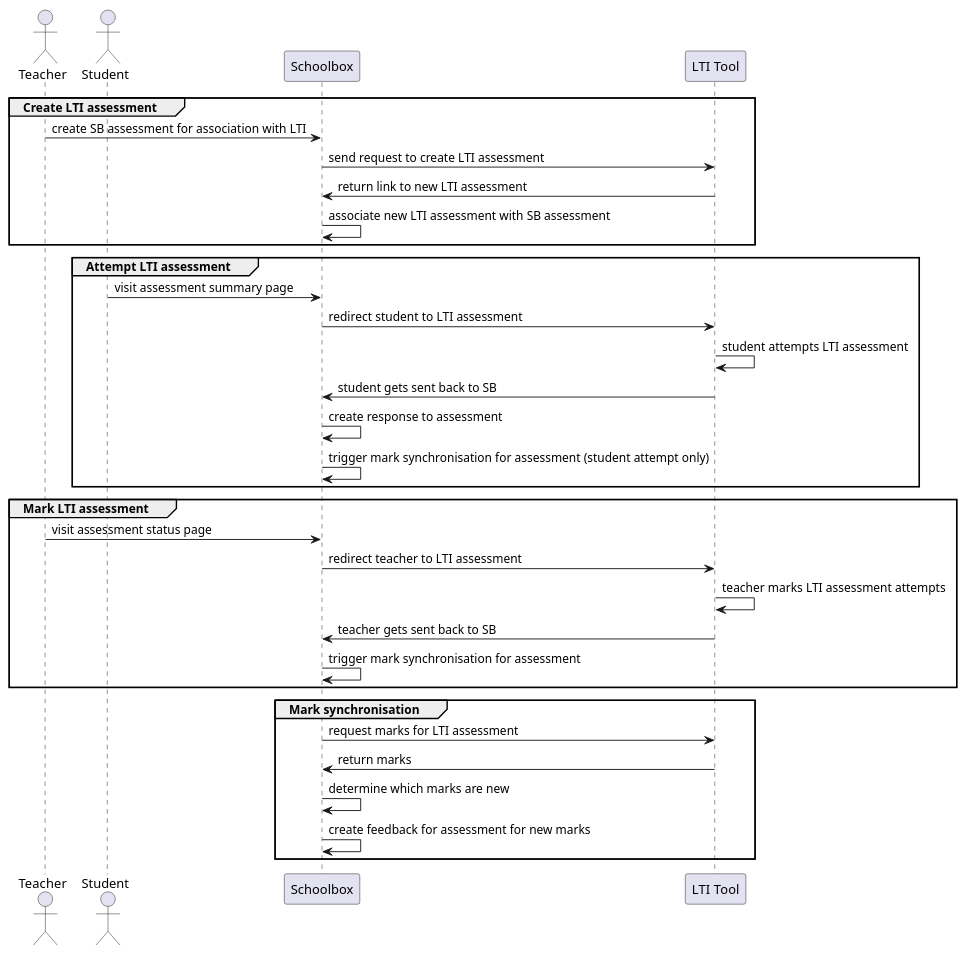
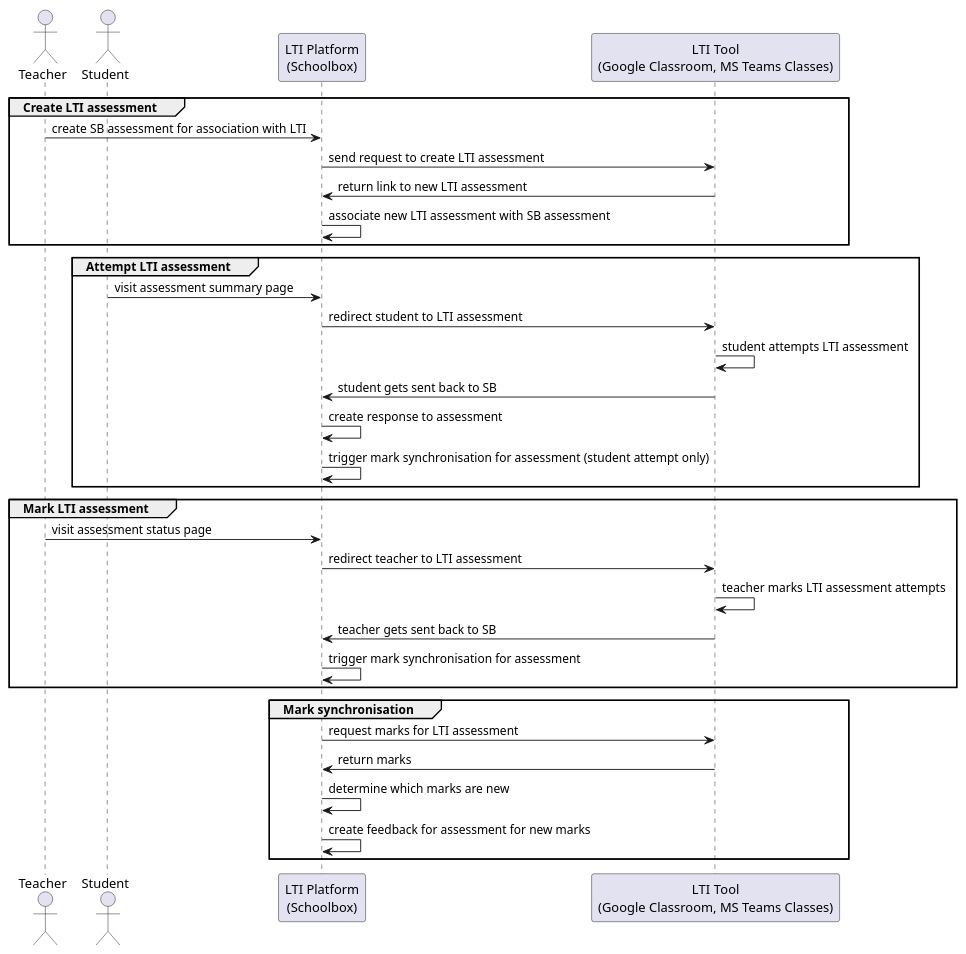
The diagram in library/Schoolbox/Learning/Assessment/Lti/sequenceDiagram.plantuml (juliaattrevisan/schoolbox-api-docs), drawn with PlantUML before and after one commit.

Commit message:
Clarify tools and platforms [SA-12593]

```diff
--- a/library/Schoolbox/Learning/Assessment/Lti/sequenceDiagram.plantuml
+++ b/library/Schoolbox/Learning/Assessment/Lti/sequenceDiagram.plantuml
@@ -1,40 +1,40 @@
 @startuml
 'https://plantuml.com/sequence-diagram
 
 actor Teacher as TC
 actor Student as ST
-participant Schoolbox as SB
-participant "LTI Tool" as LTI
+participant "LTI Platform\n(Schoolbox)" as SB
+participant "LTI Tool\n(Google Classroom, MS Teams Classes)" as LTI
 
 group Create LTI assessment
     TC -> SB: create SB assessment for association with LTI
     SB -> LTI: send request to create LTI assessment
     LTI -> SB: return link to new LTI assessment
     SB -> SB: associate new LTI assessment with SB assessment
 end
 
 group Attempt LTI assessment
     ST -> SB: visit assessment summary page
     SB -> LTI: redirect student to LTI assessment
     LTI -> LTI: student attempts LTI assessment
     LTI -> SB: student gets sent back to SB
     SB -> SB: create response to assessment
     SB -> SB: trigger mark synchronisation for assessment (student attempt only)
 end
 
 group Mark LTI assessment
     TC -> SB: visit assessment status page
     SB -> LTI: redirect teacher to LTI assessment
     LTI -> LTI: teacher marks LTI assessment attempts
     LTI -> SB: teacher gets sent back to SB
     SB -> SB: trigger mark synchronisation for assessment
 end
 
 group Mark synchronisation
     SB -> LTI: request marks for LTI assessment
     LTI -> SB: return marks
     SB -> SB: determine which marks are new
     SB -> SB: create feedback for assessment for new marks
 end
 
 @enduml
```
